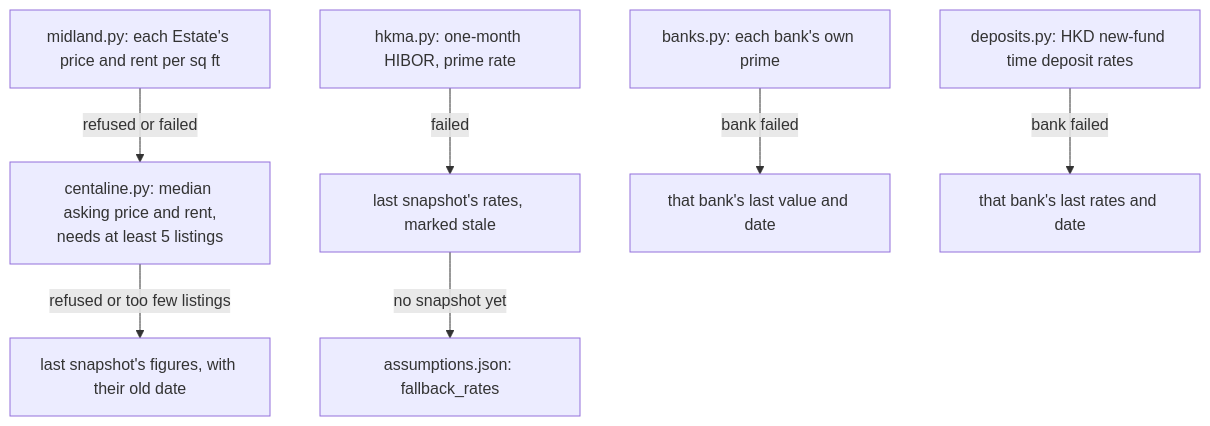
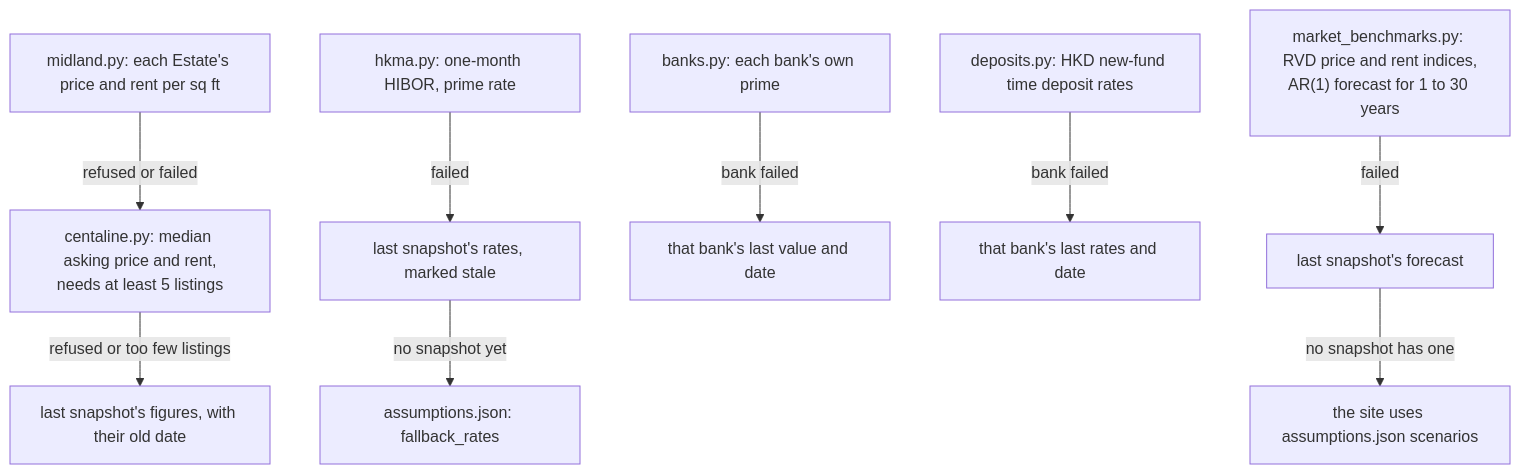
Before and after one commit to LoHK2016/ECON3086-RentOrOwn: the diagram in rentorbuy/scrapers/README.md, drawn with Mermaid. The commit also changed other lines of this file and 22 other files, not shown here.

Commit message:
Build Market Scenarios for every Horizon in Python from the RVD forecast

````diff
--- a/rentorbuy/scrapers/README.md
+++ b/rentorbuy/scrapers/README.md
@@ -19,9 +19,11 @@
 ```mermaid
 flowchart TD
     MID["midland.py: each Estate's price and rent per sq ft"] -->|"refused or failed"| CEN["centaline.py: median asking price and rent,<br/>needs at least 5 listings"]
     CEN -->|"refused or too few listings"| OLD1["last snapshot's figures, with their old date"]
     HKMA["hkma.py: one-month HIBOR, prime rate"] -->|"failed"| OLD2["last snapshot's rates, marked stale"]
     OLD2 -->|"no snapshot yet"| FB["assumptions.json: fallback_rates"]
     BANKS["banks.py: each bank's own prime"] -->|"bank failed"| OLD3["that bank's last value and date"]
     DEP["deposits.py: HKD new-fund time deposit rates"] -->|"bank failed"| OLD4["that bank's last rates and date"]
+    RVD["market_benchmarks.py: RVD price and rent indices,<br/>AR(1) forecast for 1 to 30 years"] -->|"failed"| OLD5["last snapshot's forecast"]
+    OLD5 -->|"no snapshot has one"| FB2["the site uses assumptions.json scenarios"]
 ```
````
